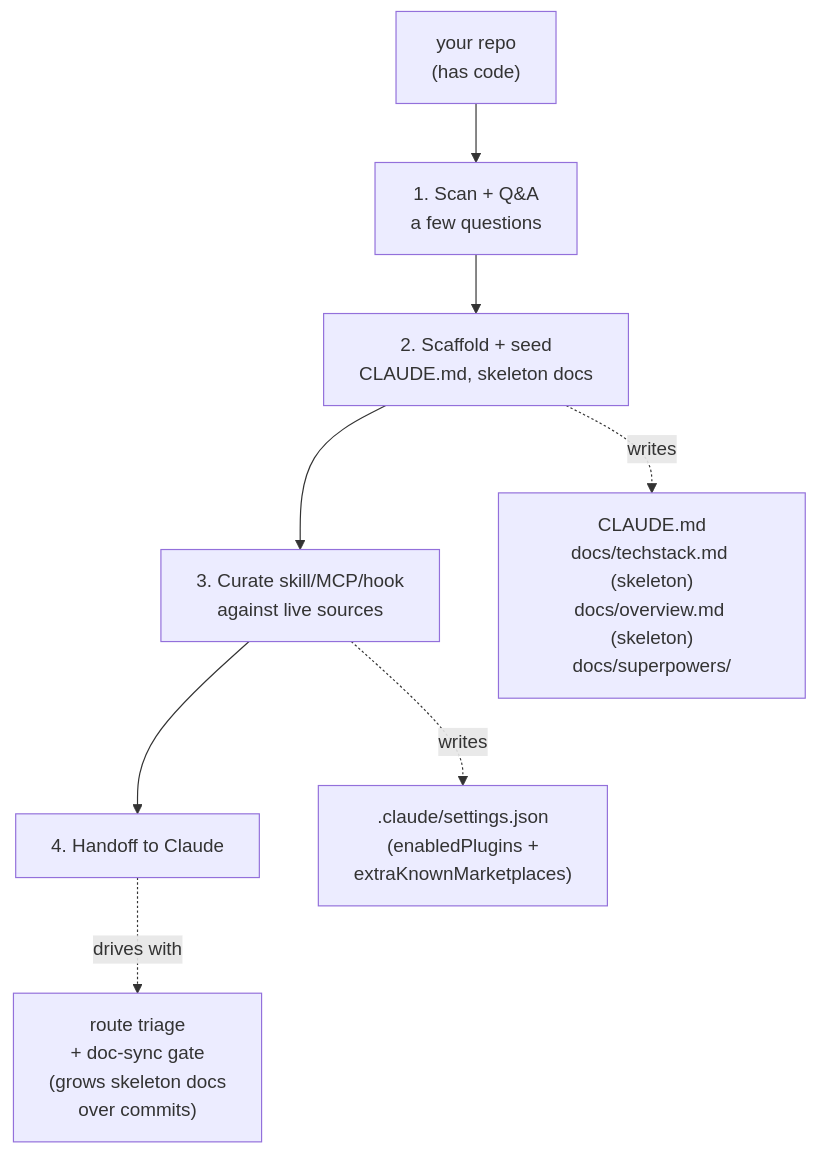
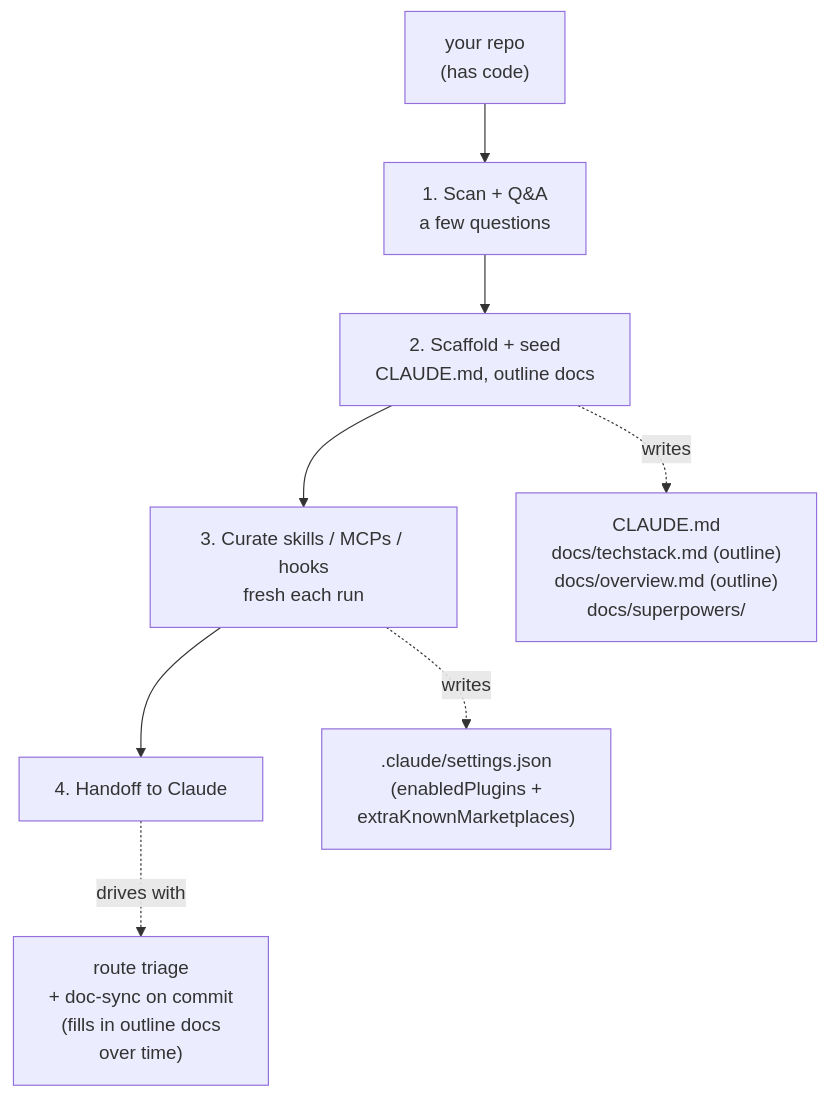
Before and after one commit to RockyHong/super-bootstrap: the diagram in README.md, drawn with Mermaid. The commit also changed other lines of this file, not shown here.

````diff
--- a/README.md
+++ b/README.md
@@ -31,12 +31,12 @@
 ```mermaid
 flowchart TD
     repo["your repo<br/>(has code)"]
     repo --> scan["1. Scan + Q&A<br/>a few questions"]
-    scan --> scaffold["2. Scaffold + seed<br/>CLAUDE.md, skeleton docs"]
-    scaffold --> curate["3. Curate skill/MCP/hook<br/>against live sources"]
+    scan --> scaffold["2. Scaffold + seed<br/>CLAUDE.md, outline docs"]
+    scaffold --> curate["3. Curate skills / MCPs / hooks<br/>fresh each run"]
     curate --> handoff["4. Handoff to Claude"]
 
-    scaffold -.->|writes| files["CLAUDE.md<br/>docs/techstack.md (skeleton)<br/>docs/overview.md (skeleton)<br/>docs/superpowers/"]
+    scaffold -.->|writes| files["CLAUDE.md<br/>docs/techstack.md (outline)<br/>docs/overview.md (outline)<br/>docs/superpowers/"]
     curate -.->|writes| pins[".claude/settings.json<br/>(enabledPlugins +<br/>extraKnownMarketplaces)"]
-    handoff -.->|drives with| engine["route triage<br/>+ doc-sync gate<br/>(grows skeleton docs<br/>over commits)"]
+    handoff -.->|drives with| engine["route triage<br/>+ doc-sync on commit<br/>(fills in outline docs<br/>over time)"]
 ```
````
